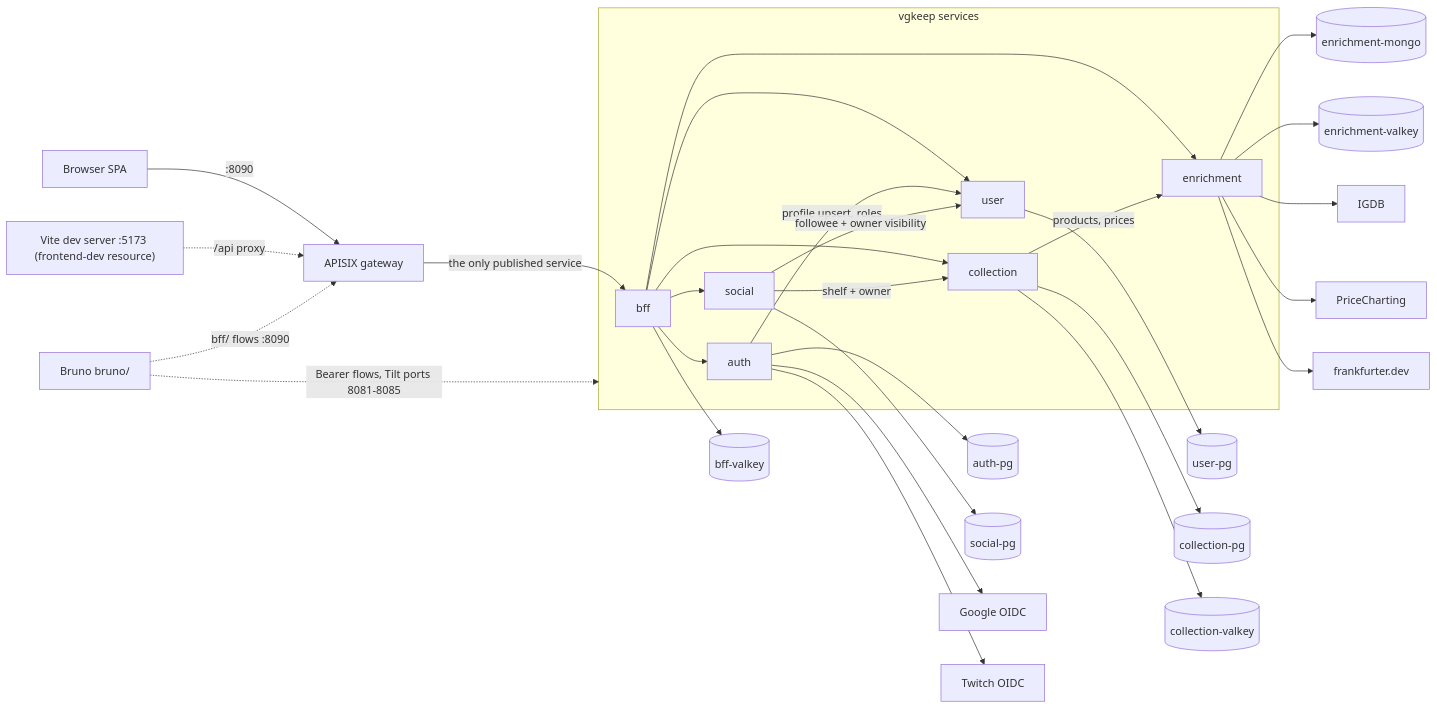
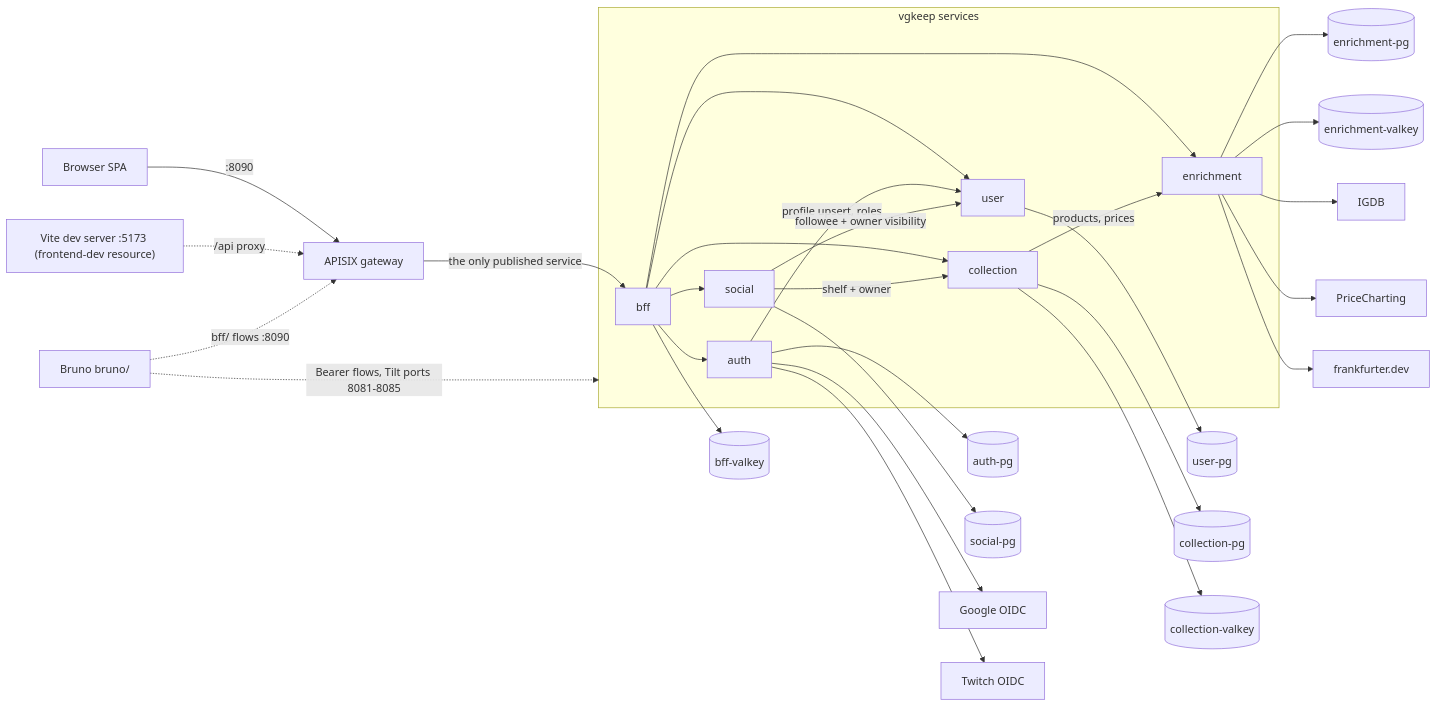
Before and after one commit to levonn-dev/vg-collect: the first of 2 diagrams in docs/runbooks/stack.md, drawn with Mermaid. The commit also changed other lines of this file and 6 other files, not shown here.

````diff
--- a/docs/runbooks/stack.md
+++ b/docs/runbooks/stack.md
@@ -22,32 +22,32 @@
 ```mermaid
 graph LR
     subgraph services[vgkeep services]
         bff --> auth
         bff --> user
         bff --> collection
         bff --> enrichment
         bff --> social
         auth -->|"profile upsert, roles"| user
         collection -->|"products, prices"| enrichment
         social -->|"shelf + owner"| collection
         social -->|"followee + owner visibility"| user
     end
     browser[Browser SPA] -->|:8090| apisix[APISIX gateway]
     vite["Vite dev server :5173 (frontend-dev resource)"] -.->|"/api proxy"| apisix
     bruno["Bruno bruno/"] -.->|"bff/ flows :8090"| apisix
     bruno -.->|"Bearer flows, Tilt ports 8081-8085"| services
     apisix -->|"the only published service"| bff
     auth --> authpg[(auth-pg)]
     user --> userpg[(user-pg)]
     bff --> bffvalkey[(bff-valkey)]
     collection --> collectionpg[(collection-pg)]
     collection --> collectionvalkey[(collection-valkey)]
     social --> socialpg[(social-pg)]
-    enrichment --> mongo[(enrichment-mongo)]
+    enrichment --> enrichmentpg[(enrichment-pg)]
     enrichment --> enrichmentvalkey[(enrichment-valkey)]
     auth --> google[Google OIDC]
     auth --> twitch[Twitch OIDC]
     enrichment --> igdb[IGDB]
     enrichment --> pricecharting[PriceCharting]
     enrichment --> fx[frankfurter.dev]
 ```
````
